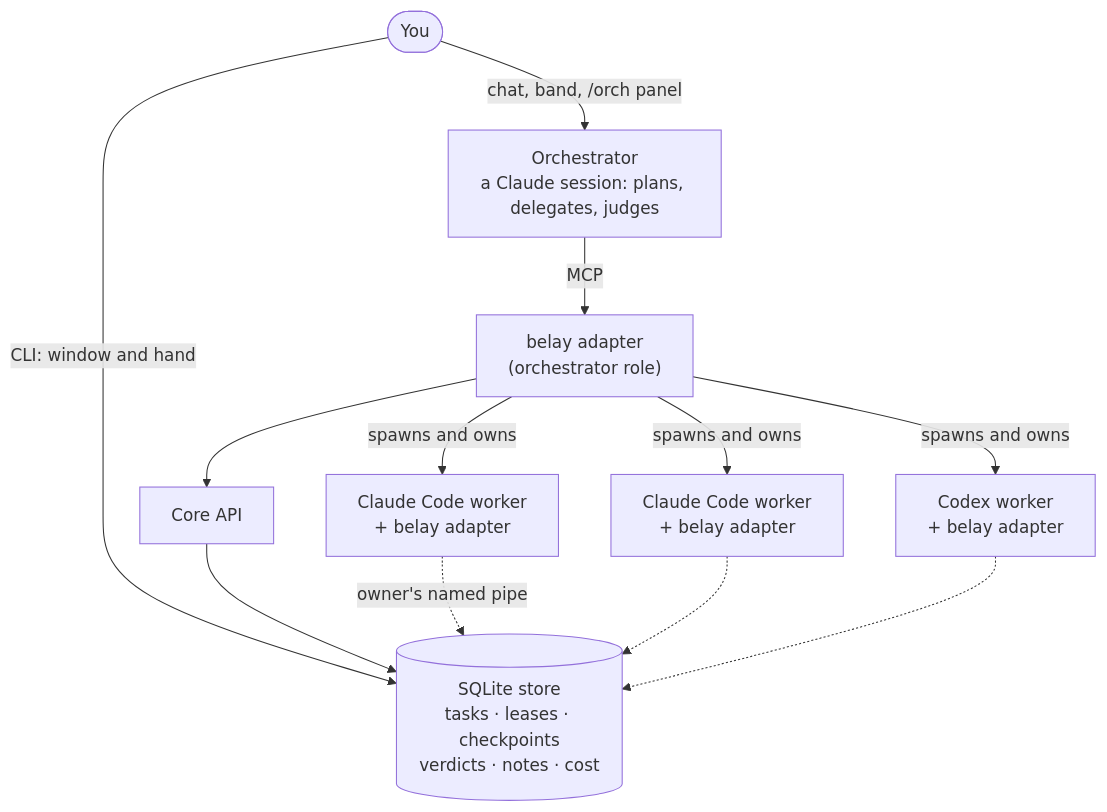
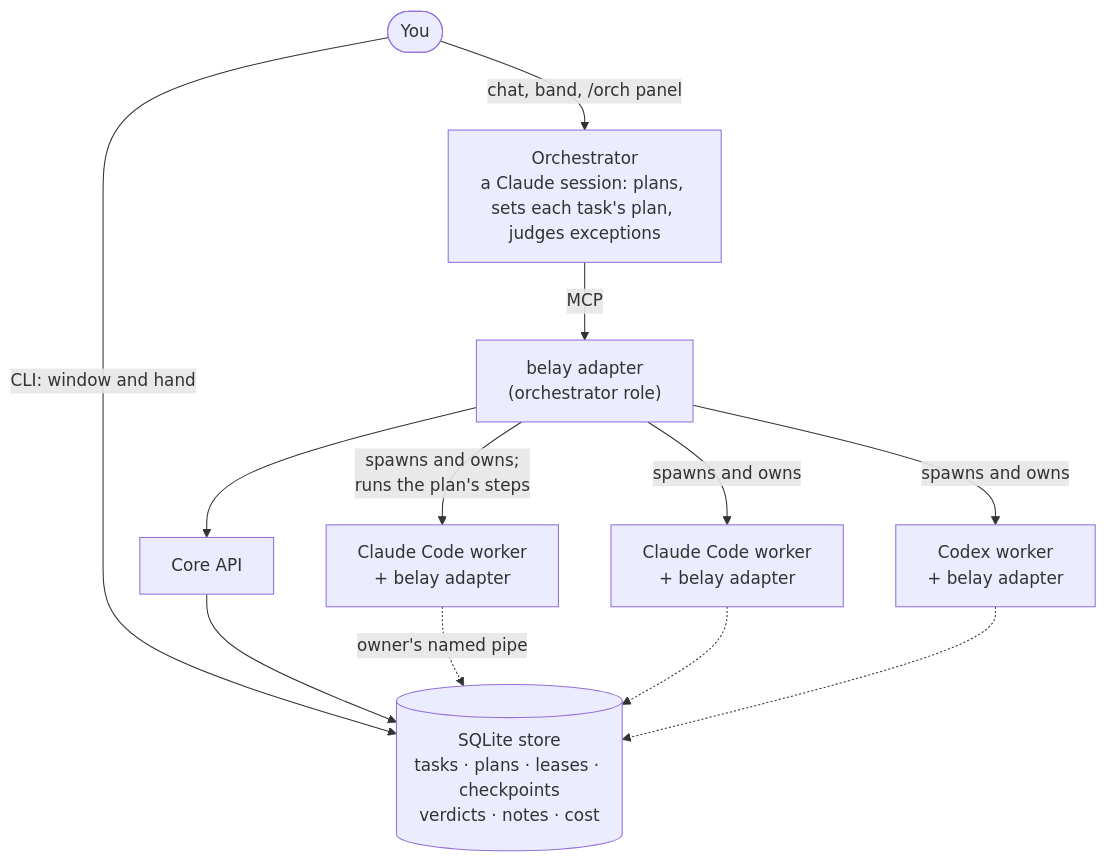
Before and after one commit to aschwa1012/belay: the diagram in README.md, drawn with Mermaid. The commit also changed other lines of this file and 7 other files, not shown here.

````diff
--- a/README.md
+++ b/README.md
@@ -105,13 +106,13 @@
 ```mermaid
 flowchart TD
     You([You]) -- "CLI: window and hand" --> Store
     You -- "chat, band, /orch panel" --> Orch
-    Orch["Orchestrator<br/>a Claude session: plans, delegates, judges"] -- MCP --> AdO["belay adapter<br/>(orchestrator role)"]
-    AdO --> Core["Core API"] --> Store[("SQLite store<br/>tasks · leases · checkpoints<br/>verdicts · notes · cost")]
-    AdO -- "spawns and owns" --> W1["Claude Code worker<br/>+ belay adapter"]
+    Orch["Orchestrator<br/>a Claude session: plans, sets each task's plan, judges exceptions"] -- MCP --> AdO["belay adapter<br/>(orchestrator role)"]
+    AdO --> Core["Core API"] --> Store[("SQLite store<br/>tasks · plans · leases · checkpoints<br/>verdicts · notes · cost")]
+    AdO -- "spawns and owns;<br/>runs the plan's steps" --> W1["Claude Code worker<br/>+ belay adapter"]
     AdO -- "spawns and owns" --> W2["Claude Code worker<br/>+ belay adapter"]
     AdO -- "spawns and owns" --> W3["Codex worker<br/>+ belay adapter"]
     W1 -.->|owner's named pipe| Store
     W2 -.-> Store
     W3 -.-> Store
 ```
````
